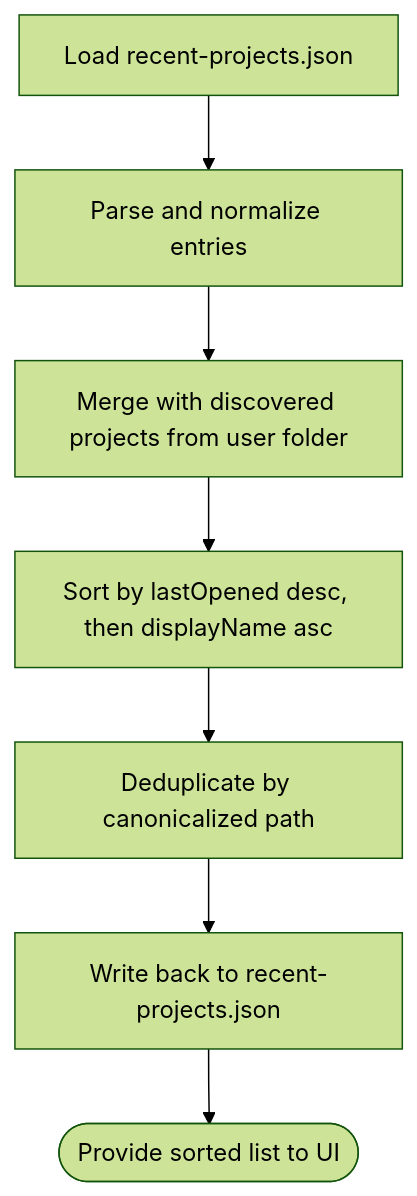
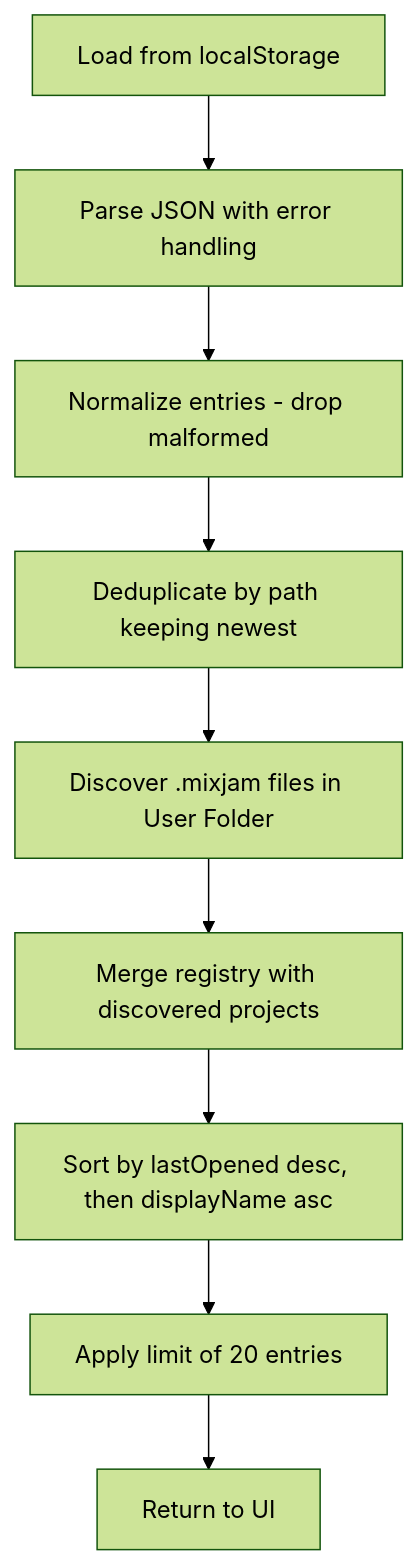
One commit to satyrlord/mixjam-electron changed the third of 4 diagrams in .qoder/repowiki/en/content/Session Management.md. Above: the diagram before and after it, drawn with Mermaid (forest theme). The commit also changed other lines of this file and 51 other files, not shown here.

````diff
--- a/.qoder/repowiki/en/content/Session Management.md
+++ b/.qoder/repowiki/en/content/Session Management.md
@@ -363,9 +174,11 @@
 ```mermaid
 flowchart TD
-Load["Load recent-projects.json"] --> Parse["Parse and normalize entries"]
-Parse --> Merge["Merge with discovered projects from user folder"]
+Load["Load from localStorage"] --> Parse["Parse JSON with error handling"]
+Parse --> Normalize["Normalize entries - drop malformed"]
+Normalize --> Dedupe["Deduplicate by path keeping newest"]
+Dedupe --> Discover["Discover .mixjam files in User Folder"]
+Discover --> Merge["Merge registry with discovered projects"]
 Merge --> Sort["Sort by lastOpened desc, then displayName asc"]
-Sort --> Dedupe["Deduplicate by canonicalized path"]
-Dedupe --> Persist["Write back to recent-projects.json"]
-Persist --> Done(["Provide sorted list to UI"])
+Sort --> Limit["Apply limit of 20 entries"]
+Limit --> Return["Return to UI"]
 ```
````
